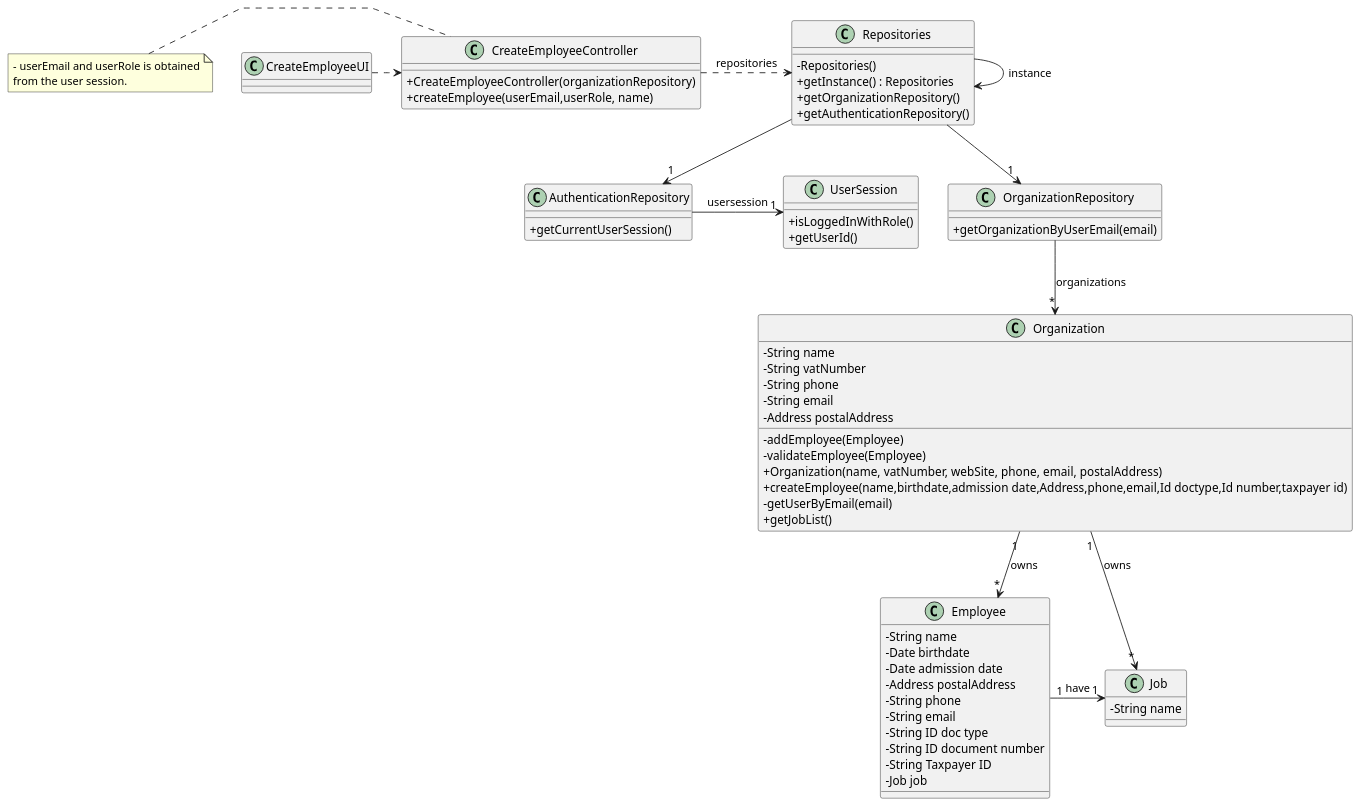
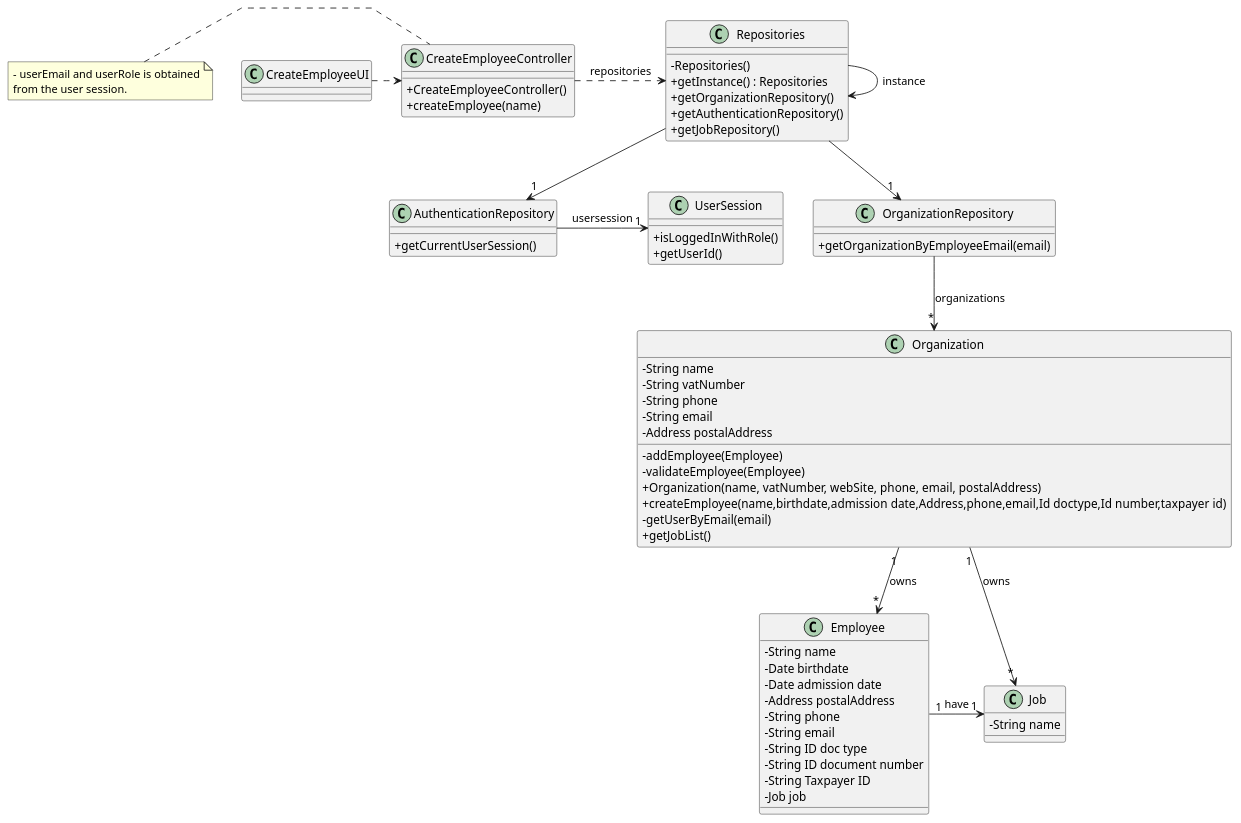
Before and after one commit to Mendoncaa/LAPR2: the diagram in docs/sprintB/us003/03.design/puml/us003-class-diagram.puml, drawn with PlantUML. The commit also changed 34 other files, not shown here.

```diff
--- a/docs/sprintB/us003/03.design/puml/us003-class-diagram.puml
+++ b/docs/sprintB/us003/03.design/puml/us003-class-diagram.puml
@@ -1,99 +1,100 @@
 @startuml
 'skinparam monochrome true
 skinparam packageStyle rectangle
 skinparam shadowing false
 skinparam linetype polyline
 'skinparam linetype orto
 
 skinparam classAttributeIconSize 0
 
 'left to right direction
 
 class AuthenticationRepository
 {
     + getCurrentUserSession()
 }
 
 class UserSession
 {
     + isLoggedInWithRole()
     + getUserId()
 }
 
 
 
 class Job {
     - String name
 }
 
 class Employee {
     - String name
     - Date birthdate
     - Date admission date
     - Address postalAddress
     - String phone
     - String email
     - String ID doc type
     - String ID document number
     - String Taxpayer ID
     - Job job
 }
 
 
 
 class Organization {
     - String name
     - String vatNumber
     - String phone
     - String email
     - Address postalAddress
     - addEmployee(Employee)
     - validateEmployee(Employee)
     + Organization(name, vatNumber, webSite, phone, email, postalAddress)
     + createEmployee(name,birthdate,admission date,Address,phone,email,Id doctype,Id number,taxpayer id)
     - getUserByEmail(email)
     + getJobList()
 
 }
 
 
 class OrganizationRepository {
-    + getOrganizationByUserEmail(email)
+    + getOrganizationByEmployeeEmail(email)
 }
 
 class Repositories {
     - Repositories()
     + getInstance() : Repositories
     + getOrganizationRepository()
     + getAuthenticationRepository()
+    + getJobRepository()
 }
 
 class CreateEmployeeController {
-    + CreateEmployeeController(organizationRepository)
-    + createEmployee(userEmail,userRole, name)
+    + CreateEmployeeController()
+    + createEmployee(name)
 
 }
 
 note left of CreateEmployeeController
     - userEmail and userRole is obtained
     from the user session.
 end note
 
 
 class CreateEmployeeUI {
 }
 
 Repositories -> Repositories : instance
 CreateEmployeeUI .> CreateEmployeeController
 CreateEmployeeController .> Repositories : repositories
 Repositories --> "1" OrganizationRepository
 OrganizationRepository --> "*" Organization : organizations
 AuthenticationRepository -> "1" UserSession : usersession
 Repositories --> "1" AuthenticationRepository
 Organization "1" --> "*" Job : owns
 Organization "1" --> "*" Employee : owns
 Employee "1" -> "1" Job : have
 
 
 
 @enduml
```
